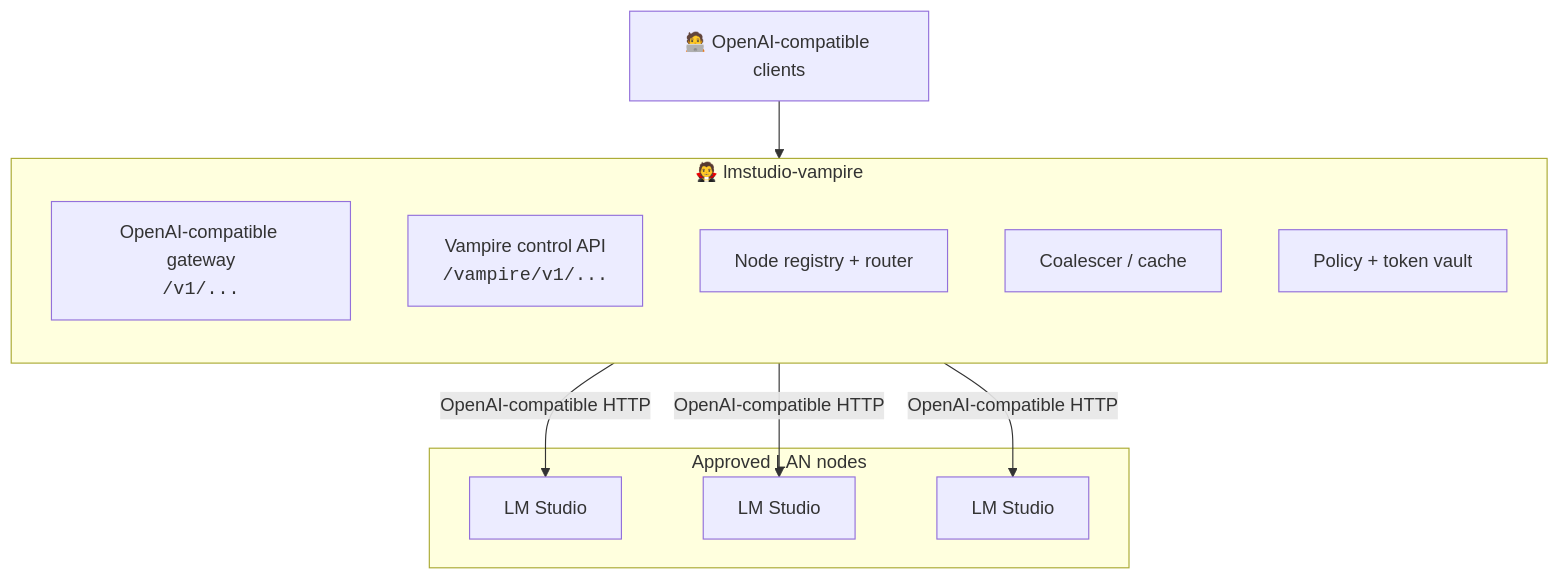
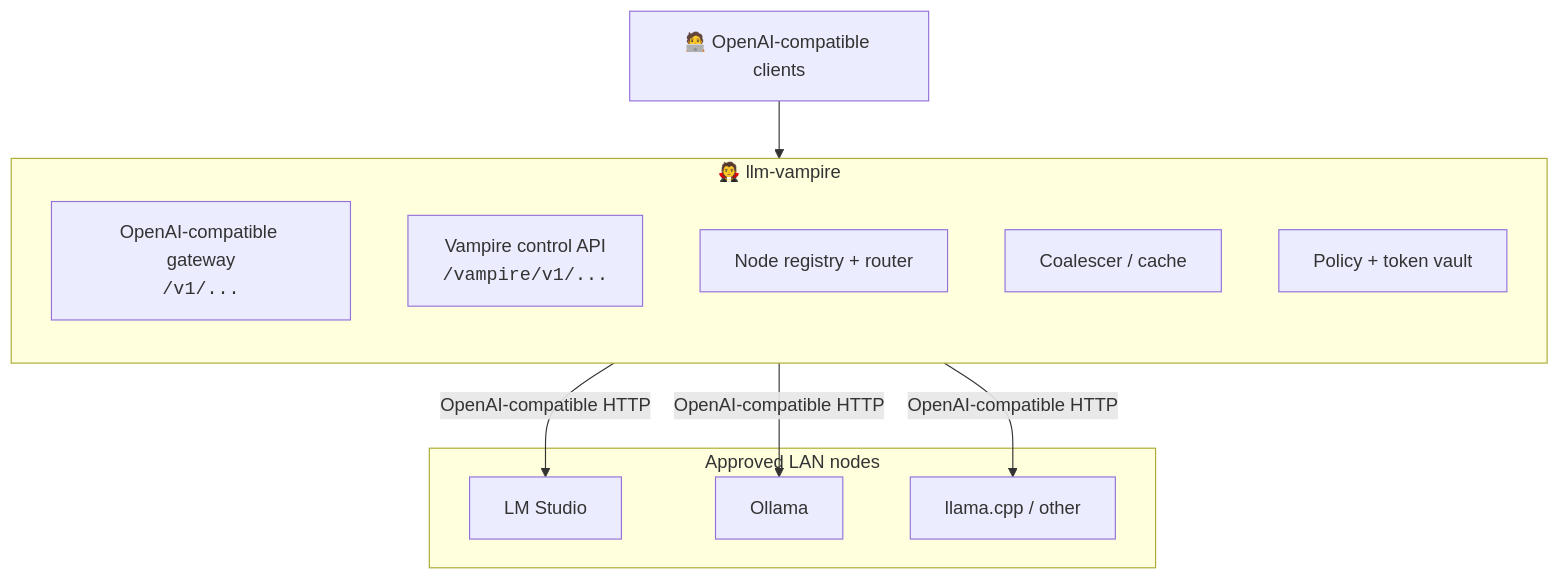
The diagram in README.md (japer-technology/llm-vampire), drawn with Mermaid before and after one commit. The commit also changed other lines of this file and 68 other files, not shown here.

Commit message:
Complete llm-vampire rebrand

````diff
--- a/README.md
+++ b/README.md
@@ -198,28 +227,28 @@
 ```mermaid
 flowchart TD
     clients["🧑‍💻 OpenAI-compatible clients"]
 
-    subgraph vampire["🧛 lmstudio-vampire"]
+    subgraph vampire["🧛 llm-vampire"]
         direction TB
         gateway["OpenAI-compatible gateway<br/><code>/v1/...</code>"]
         control["Vampire control API<br/><code>/vampire/v1/...</code>"]
         router["Node registry + router"]
         cache["Coalescer / cache"]
         policy["Policy + token vault"]
     end
 
     node1["LM Studio"]
-    node2["LM Studio"]
-    node3["LM Studio"]
+    node2["Ollama"]
+    node3["llama.cpp / other"]
 
     clients --> vampire
     vampire -->|"OpenAI-compatible HTTP"| node1
     vampire -->|"OpenAI-compatible HTTP"| node2
     vampire -->|"OpenAI-compatible HTTP"| node3
 
     subgraph lan["Approved LAN nodes"]
         node1
         node2
         node3
     end
 ```
````
